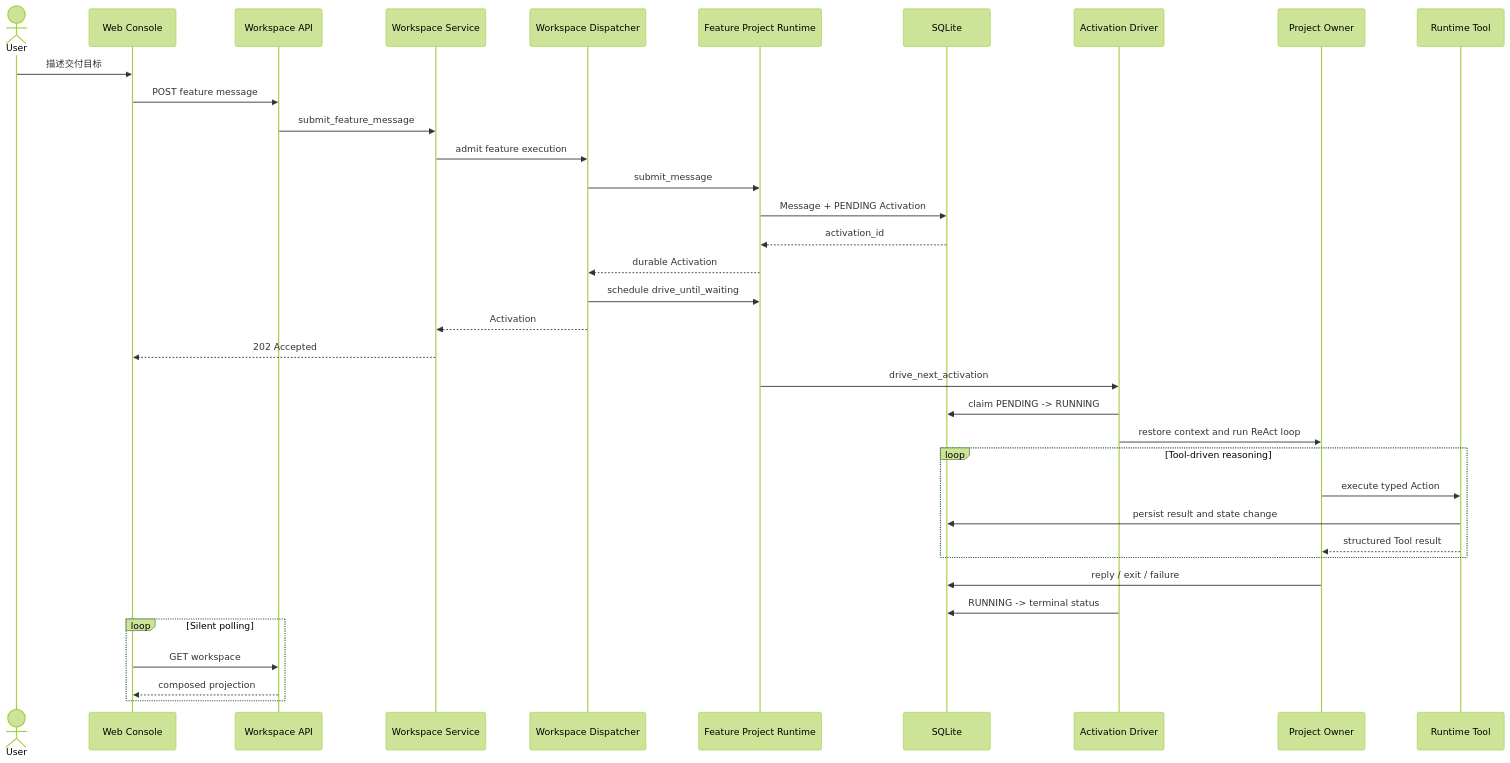
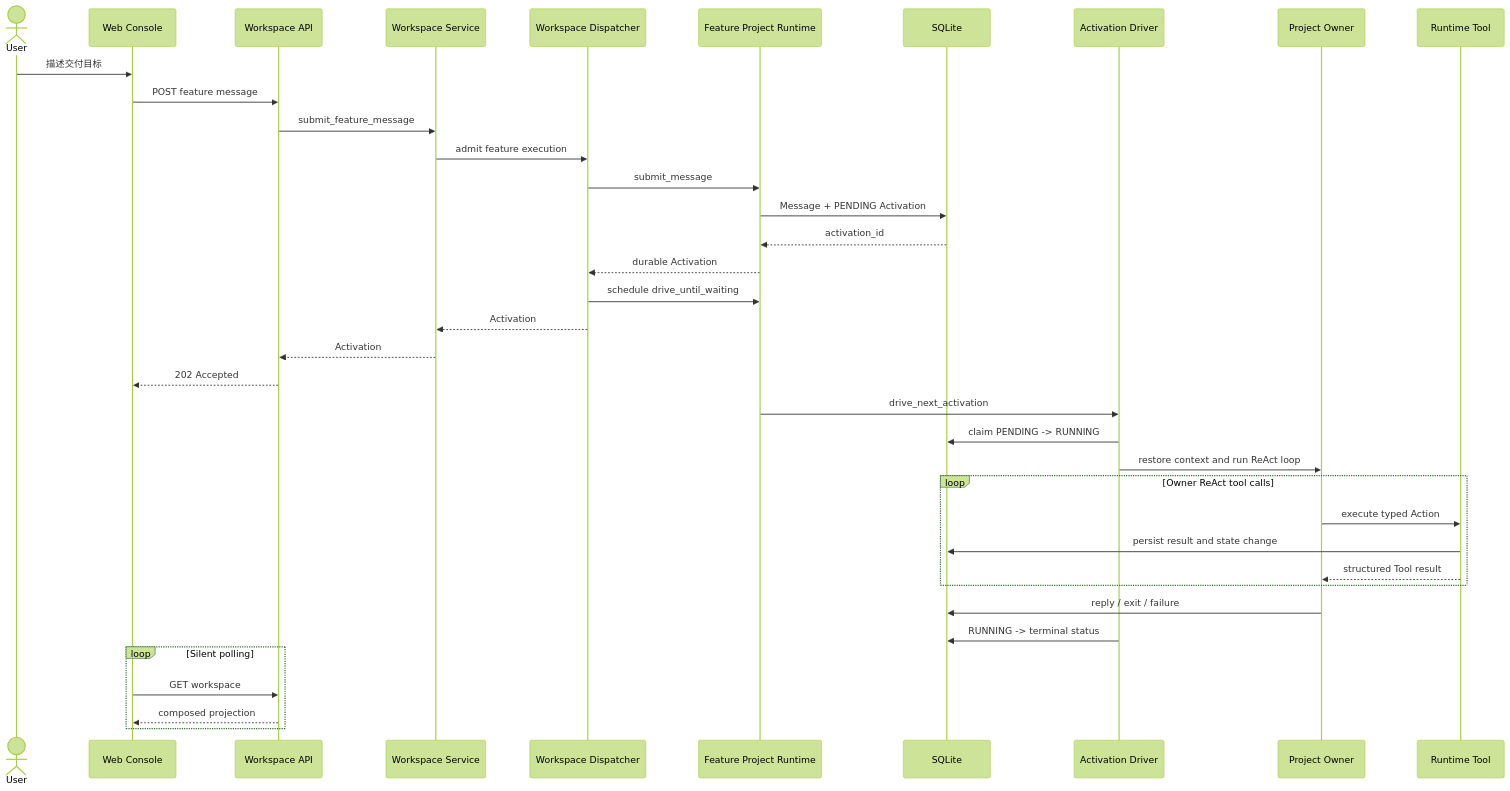
The fourth of 10 diagrams in docs/architecture.md (aowo-1345/AgentPanelX), drawn with Mermaid (forest theme) before and after one commit. The commit also changed other lines of this file, not shown here.

Commit message:
docs: align architecture with workspace runtime

````diff
--- a/docs/architecture.md
+++ b/docs/architecture.md
@@ -201,39 +217,40 @@
 ```mermaid
 sequenceDiagram
     actor User
     participant Web as Web Console
     participant API as Workspace API
     participant WS as Workspace Service
     participant Dispatcher as Workspace Dispatcher
     participant Runtime as Feature Project Runtime
     participant DB as SQLite
     participant Driver as Activation Driver
     participant Owner as Project Owner
     participant Tool as Runtime Tool
 
     User->>Web: 描述交付目标
     Web->>API: POST feature message
     API->>WS: submit_feature_message
     WS->>Dispatcher: admit feature execution
     Dispatcher->>Runtime: submit_message
     Runtime->>DB: Message + PENDING Activation
     DB-->>Runtime: activation_id
     Runtime-->>Dispatcher: durable Activation
     Dispatcher->>Runtime: schedule drive_until_waiting
     Dispatcher-->>WS: Activation
-    WS-->>Web: 202 Accepted
+    WS-->>API: Activation
+    API-->>Web: 202 Accepted
     Runtime->>Driver: drive_next_activation
     Driver->>DB: claim PENDING -> RUNNING
     Driver->>Owner: restore context and run ReAct loop
-    loop Tool-driven reasoning
+    loop Owner ReAct tool calls
         Owner->>Tool: execute typed Action
         Tool->>DB: persist result and state change
         Tool-->>Owner: structured Tool result
     end
     Owner->>DB: reply / exit / failure
     Driver->>DB: RUNNING -> terminal status
     loop Silent polling
         Web->>API: GET workspace
         API-->>Web: composed projection
     end
 ```
````
